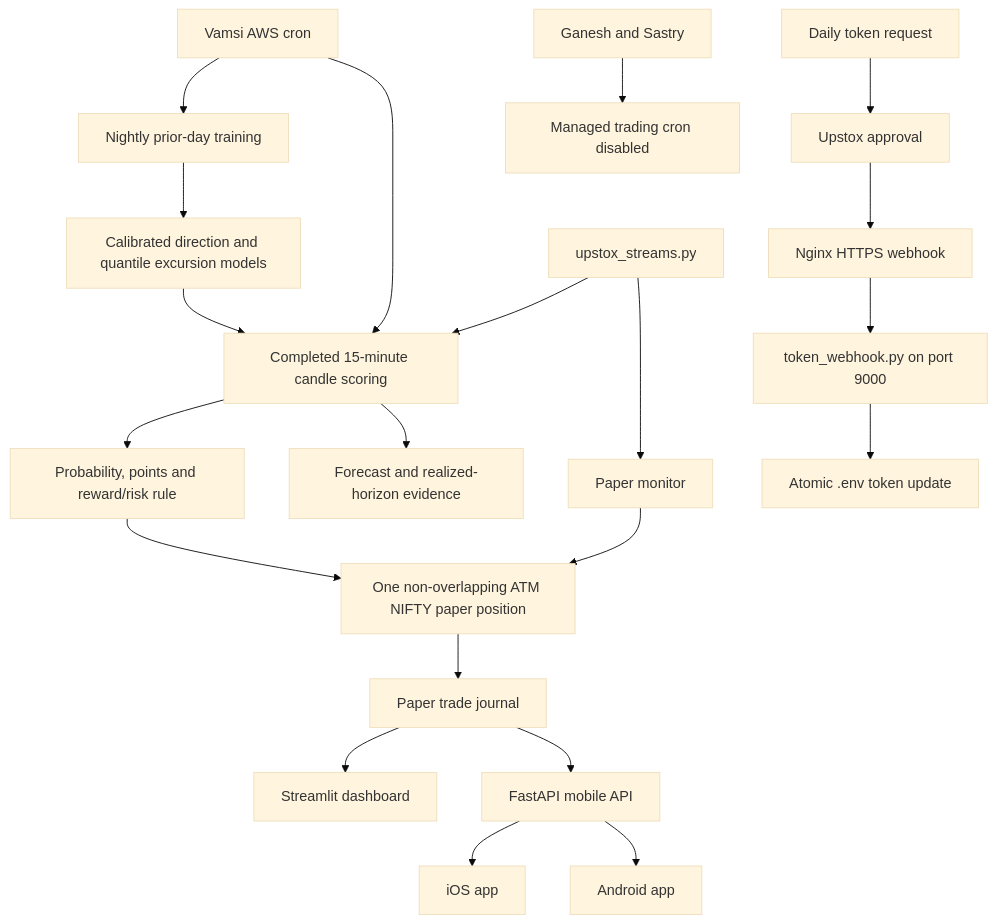
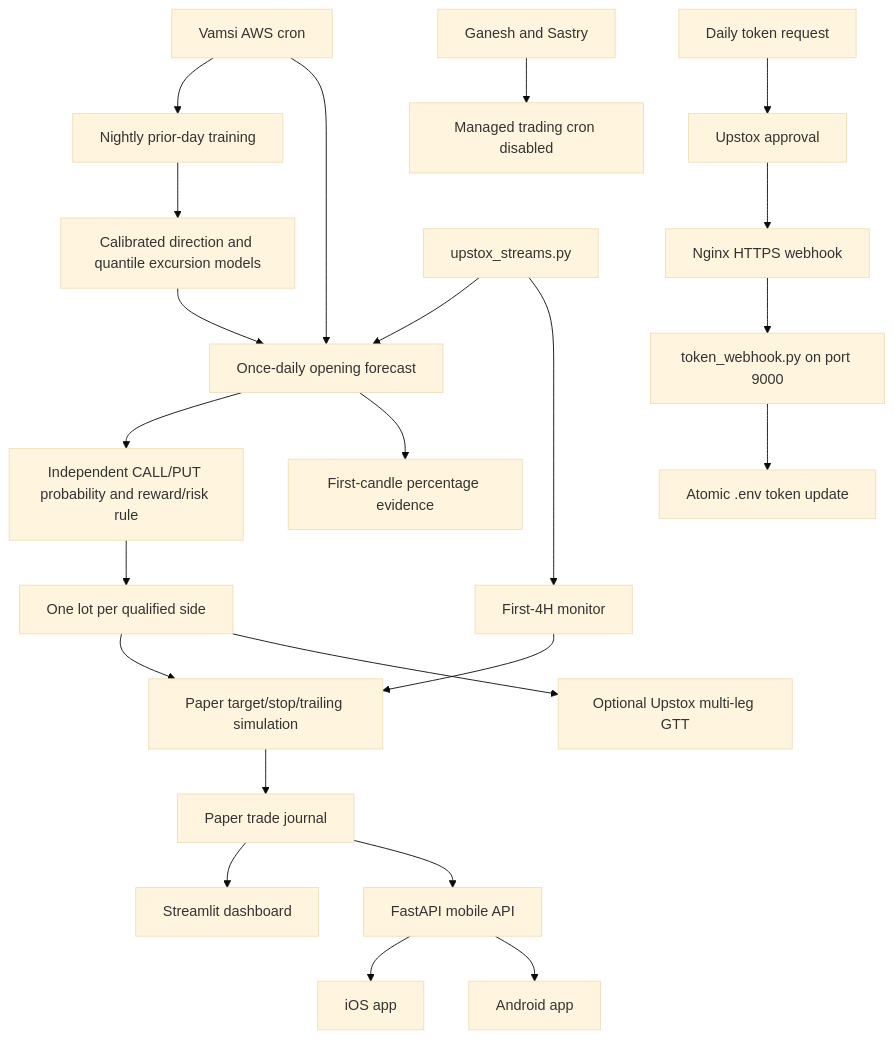
The diagram in PROJECT_ARCHITECTURE_AND_HANDOFF.md (vkp2498-spec/trading-app), drawn with Mermaid (base theme) before and after one commit. The commit also changed other lines of this file and 12 other files, not shown here.

Commit message:
Replace ML shadow with first-4H percent GTT engine

````diff
--- a/PROJECT_ARCHITECTURE_AND_HANDOFF.md
+++ b/PROJECT_ARCHITECTURE_AND_HANDOFF.md
@@ -50,27 +51,29 @@
 ```mermaid
 flowchart TD
     CRON["Vamsi AWS cron"] --> TRAIN["Nightly prior-day training"]
-    CRON --> SCORE["Completed 15-minute candle scoring"]
+    CRON --> SCORE["Once-daily opening forecast"]
     TRAIN --> MODEL["Calibrated direction and quantile excursion models"]
     MODEL --> SCORE
-    SCORE --> RULE["Probability, points and reward/risk rule"]
-    RULE --> PAPER["One non-overlapping ATM NIFTY paper position"]
-    MON["Paper monitor"] --> PAPER
+    SCORE --> RULE["Independent CALL/PUT probability and reward/risk rule"]
+    RULE --> EXEC["One lot per qualified side"]
+    EXEC --> PAPER["Paper target/stop/trailing simulation"]
+    EXEC --> GTT["Optional Upstox multi-leg GTT"]
+    MON["First-4H monitor"] --> PAPER
     PAPER --> JOURNAL["Paper trade journal"]
-    SCORE --> EVIDENCE["Forecast and realized-horizon evidence"]
+    SCORE --> EVIDENCE["First-candle percentage evidence"]
 
     JOURNAL --> DASH["Streamlit dashboard"]
     JOURNAL --> API["FastAPI mobile API"]
     API --> IOS["iOS app"]
     API --> ANDROID["Android app"]
 
     TOKEN["Daily token request"] --> APPROVAL["Upstox approval"]
     APPROVAL --> NGINX["Nginx HTTPS webhook"]
     NGINX --> WEBHOOK["token_webhook.py on port 9000"]
     WEBHOOK --> ENV["Atomic .env token update"]
 
     STREAM["upstox_streams.py"] --> SCORE
     STREAM --> MON
 
     DISABLED["Ganesh and Sastry"] --> OFF["Managed trading cron disabled"]
 ```
````
